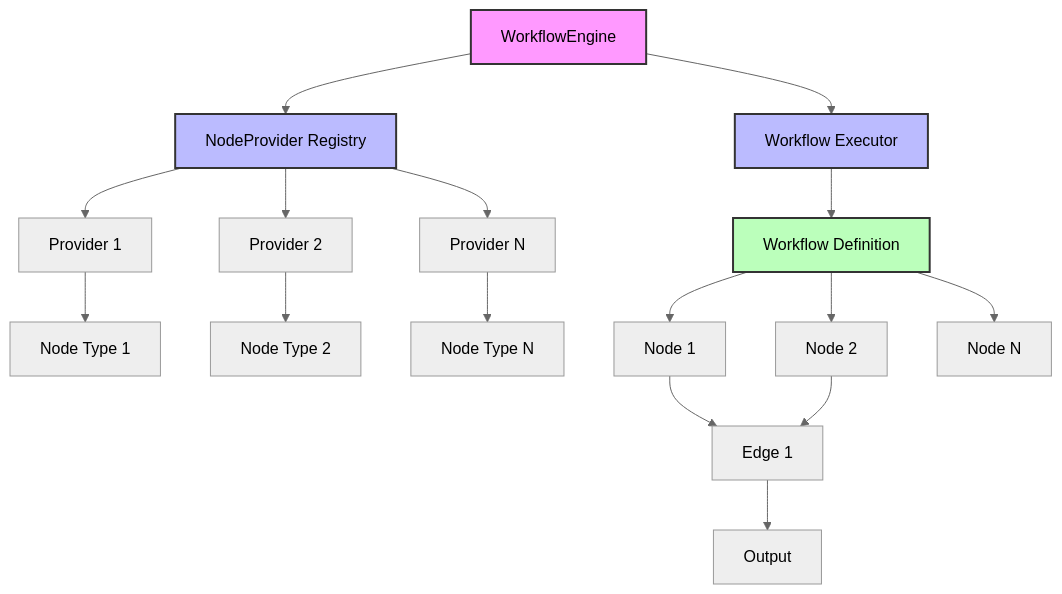
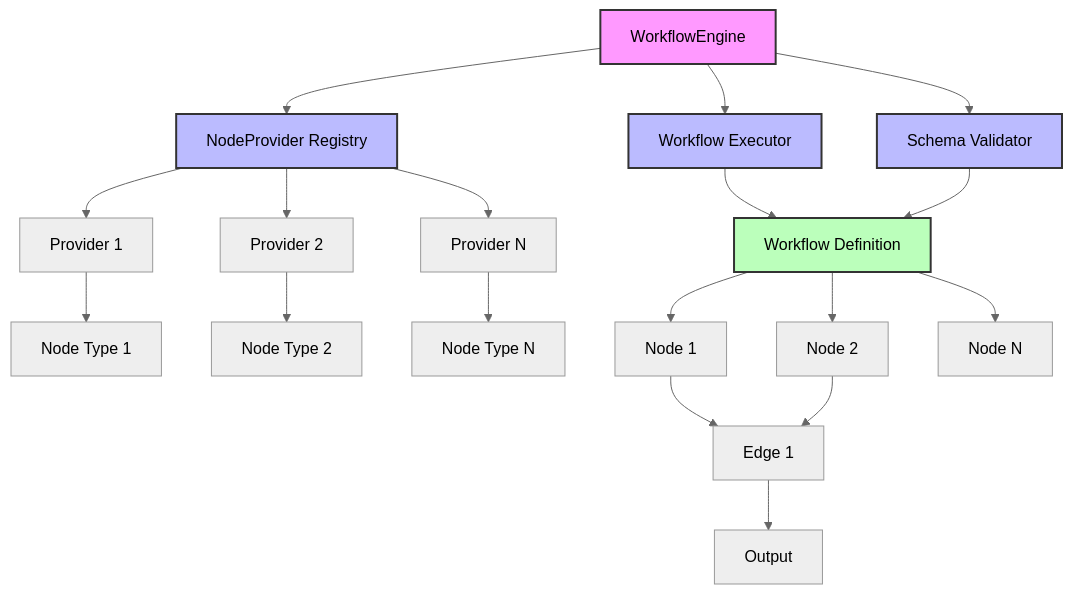
Before and after one commit to open-source-cloud/fuse: the diagram in README.md, drawn with Mermaid (neutral theme). The commit also changed other lines of this file, not shown here.

````diff
--- a/README.md
+++ b/README.md
@@ -17,27 +18,31 @@
 ```mermaid
 graph TD
     A[WorkflowEngine] --> B[NodeProvider Registry]
     A --> C[Workflow Executor]
+    A --> P[Schema Validator]
 
     B --> D[Provider 1]
     B --> E[Provider 2]
     B --> F[Provider N]
 
     D --> G[Node Type 1]
     E --> H[Node Type 2]
     F --> I[Node Type N]
 
     C --> J[Workflow Definition]
     J --> K[Node 1]
     J --> L[Node 2]
     J --> M[Node N]
 
     K --> N[Edge 1]
     L --> N
     N --> O[Output]
 
+    P --> J
+
     style A fill:#f9f,stroke:#333,stroke-width:2px
     style B fill:#bbf,stroke:#333,stroke-width:2px
     style C fill:#bbf,stroke:#333,stroke-width:2px
     style J fill:#bfb,stroke:#333,stroke-width:2px
+    style P fill:#bbf,stroke:#333,stroke-width:2px
 ```
````
